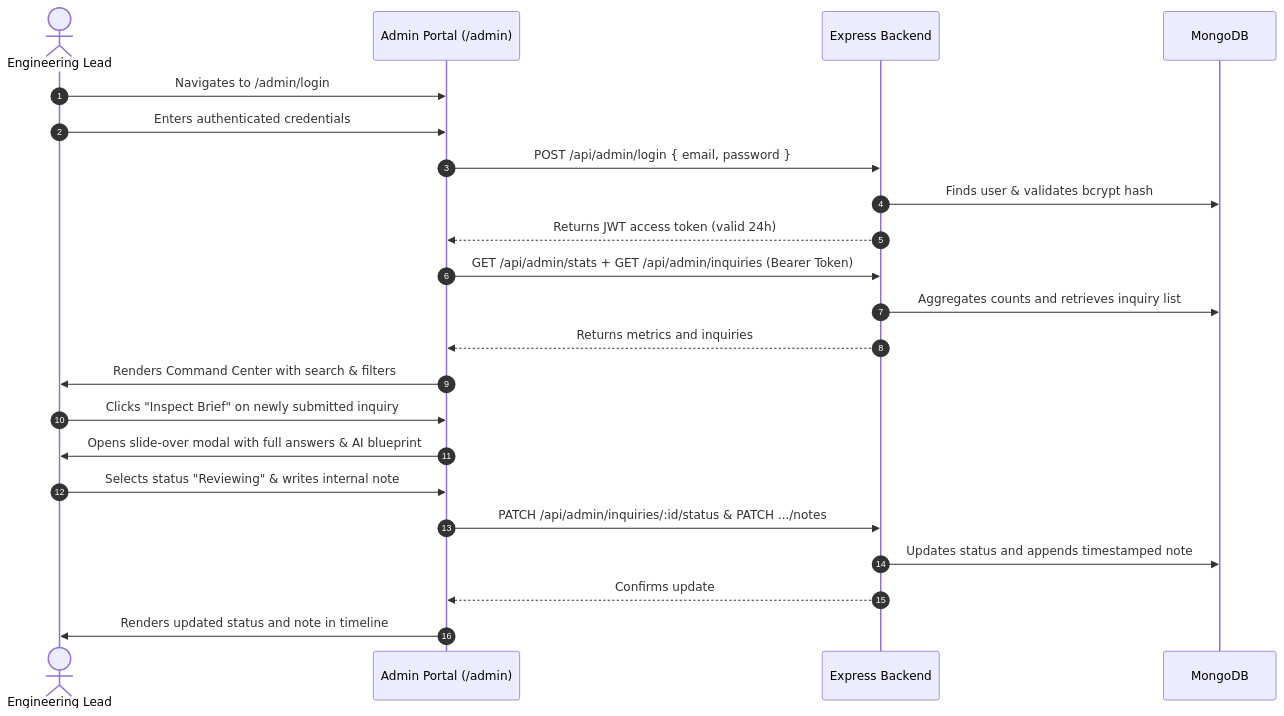
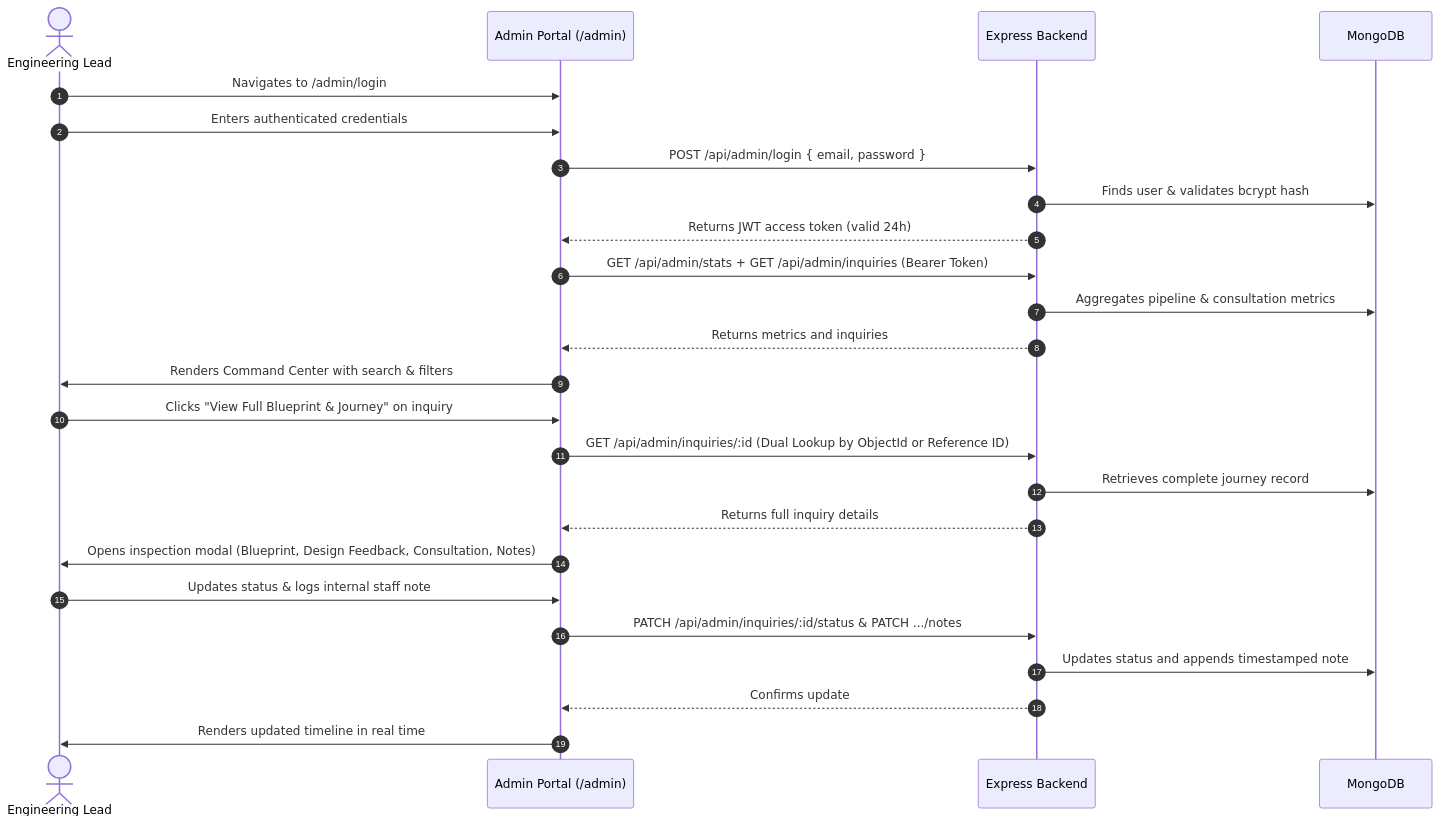
Before and after one commit to Ayushi-Choudhary22/cynbit-smart-project-hub: the second of 2 diagrams in TECHNICAL_REPORT.md, drawn with Mermaid. The commit also changed other lines of this file and 20 other files, not shown here.

````diff
--- a/TECHNICAL_REPORT.md
+++ b/TECHNICAL_REPORT.md
@@ -115,25 +116,28 @@
 ```mermaid
 sequenceDiagram
   autonumber
   actor Admin as Engineering Lead
   participant Client as Admin Portal (/admin)
   participant Server as Express Backend
   participant DB as MongoDB
 
   Admin->>Client: Navigates to /admin/login
   Admin->>Client: Enters authenticated credentials
   Client->>Server: POST /api/admin/login { email, password }
   Server->>DB: Finds user & validates bcrypt hash
   Server-->>Client: Returns JWT access token (valid 24h)
   Client->>Server: GET /api/admin/stats + GET /api/admin/inquiries (Bearer Token)
-  Server->>DB: Aggregates counts and retrieves inquiry list
+  Server->>DB: Aggregates pipeline & consultation metrics
   Server-->>Client: Returns metrics and inquiries
   Client->>Admin: Renders Command Center with search & filters
-  Admin->>Client: Clicks "Inspect Brief" on newly submitted inquiry
-  Client->>Admin: Opens slide-over modal with full answers & AI blueprint
-  Admin->>Client: Selects status "Reviewing" & writes internal note
+  Admin->>Client: Clicks "View Full Blueprint & Journey" on inquiry
+  Client->>Server: GET /api/admin/inquiries/:id (Dual Lookup by ObjectId or Reference ID)
+  Server->>DB: Retrieves complete journey record
+  Server-->>Client: Returns full inquiry details
+  Client->>Admin: Opens inspection modal (Blueprint, Design Feedback, Consultation, Notes)
+  Admin->>Client: Updates status & logs internal staff note
   Client->>Server: PATCH /api/admin/inquiries/:id/status & PATCH .../notes
   Server->>DB: Updates status and appends timestamped note
   Server-->>Client: Confirms update
-  Client->>Admin: Renders updated status and note in timeline
+  Client->>Admin: Renders updated timeline in real time
 ```
````
